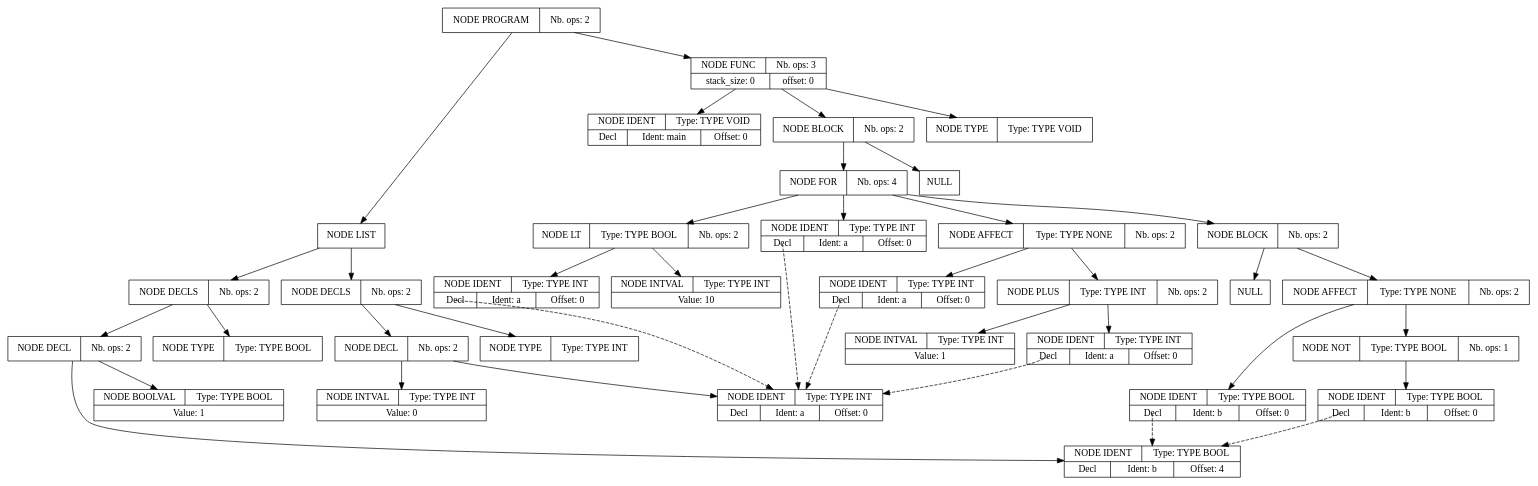
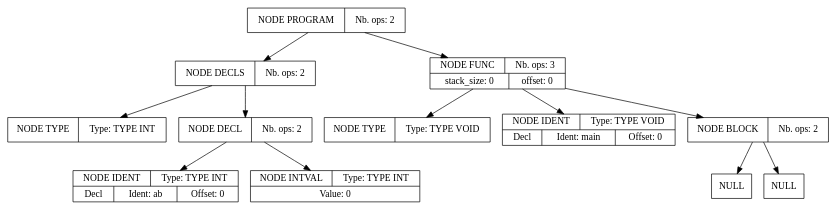
The diagram in out.dot (taqinlaodedie/compiler_minicc), drawn with Graphviz before and after one commit. The commit also changed 9 other files, not shown here.

```diff
--- a/out.dot
+++ b/out.dot
@@ -1,111 +1,36 @@
 digraph global_vars {
     N1 [shape=record, label="{{NODE PROGRAM|Nb. ops: 2}}"];
-    N2 [shape=record, label="{{NODE LIST}}"];
-    N3 [shape=record, label="{{NODE DECLS|Nb. ops: 2}}"];
-    N4 [shape=record, label="{{NODE TYPE|Type: TYPE INT}}"];
-    edge[tailclip=true];
-    N3 -> N4
-    N5 [shape=record, label="{{NODE DECL|Nb. ops: 2}}"];
-    N6 [shape=record, label="{{NODE IDENT|Type: TYPE INT}|{<decl>Decl      |Ident: a|Offset: 0}}"];
-    edge[tailclip=true];
-    N5 -> N6
-    N7 [shape=record, label="{{NODE INTVAL|Type: TYPE INT}|{Value: 0}}"];
-    edge[tailclip=true];
-    N5 -> N7
-    edge[tailclip=true];
-    N3 -> N5
+    N2 [shape=record, label="{{NODE DECLS|Nb. ops: 2}}"];
+    N3 [shape=record, label="{{NODE TYPE|Type: TYPE INT}}"];
     edge[tailclip=true];
     N2 -> N3
-    N8 [shape=record, label="{{NODE DECLS|Nb. ops: 2}}"];
-    N9 [shape=record, label="{{NODE TYPE|Type: TYPE BOOL}}"];
+    N4 [shape=record, label="{{NODE DECL|Nb. ops: 2}}"];
+    N5 [shape=record, label="{{NODE IDENT|Type: TYPE INT}|{<decl>Decl      |Ident: ab|Offset: 0}}"];
     edge[tailclip=true];
-    N8 -> N9
-    N10 [shape=record, label="{{NODE DECL|Nb. ops: 2}}"];
-    N11 [shape=record, label="{{NODE IDENT|Type: TYPE BOOL}|{<decl>Decl      |Ident: b|Offset: 4}}"];
+    N4 -> N5
+    N6 [shape=record, label="{{NODE INTVAL|Type: TYPE INT}|{Value: 0}}"];
+    edge[tailclip=true];
+    N4 -> N6
+    edge[tailclip=true];
+    N2 -> N4
+    edge[tailclip=true];
+    N1 -> N2
+    N7 [shape=record, label="{{NODE FUNC|Nb. ops: 3}|{stack_size: 0|offset: 0}}"];
+    N8 [shape=record, label="{{NODE TYPE|Type: TYPE VOID}}"];
+    edge[tailclip=true];
+    N7 -> N8
+    N9 [shape=record, label="{{NODE IDENT|Type: TYPE VOID}|{<decl>Decl      |Ident: main|Offset: 0}}"];
+    edge[tailclip=true];
+    N7 -> N9
+    N10 [shape=record, label="{{NODE BLOCK|Nb. ops: 2}}"];
+    N11 [shape=record, label="{{NULL}}"];
     edge[tailclip=true];
     N10 -> N11
-    N12 [shape=record, label="{{NODE BOOLVAL|Type: TYPE BOOL}|{Value: 1}}"];
+    N12 [shape=record, label="{{NULL}}"];
     edge[tailclip=true];
     N10 -> N12
     edge[tailclip=true];
-    N8 -> N10
+    N7 -> N10
     edge[tailclip=true];
-    N2 -> N8
-    edge[tailclip=true];
-    N1 -> N2
-    N13 [shape=record, label="{{NODE FUNC|Nb. ops: 3}|{stack_size: 0|offset: 0}}"];
-    N14 [shape=record, label="{{NODE TYPE|Type: TYPE VOID}}"];
-    edge[tailclip=true];
-    N13 -> N14
-    N15 [shape=record, label="{{NODE IDENT|Type: TYPE VOID}|{<decl>Decl      |Ident: main|Offset: 0}}"];
-    edge[tailclip=true];
-    N13 -> N15
-    N16 [shape=record, label="{{NODE BLOCK|Nb. ops: 2}}"];
-    N17 [shape=record, label="{{NULL}}"];
-    edge[tailclip=true];
-    N16 -> N17
-    N18 [shape=record, label="{{NODE FOR|Nb. ops: 4}}"];
-    N19 [shape=record, label="{{NODE IDENT|Type: TYPE INT}|{<decl>Decl      |Ident: a|Offset: 0}}"];
-    edge[tailclip=false];
-    "N19":decl:c -> "N6" [style=dashed]
-    edge[tailclip=true];
-    N18 -> N19
-    N20 [shape=record, label="{{NODE LT|Type: TYPE BOOL|Nb. ops: 2}}"];
-    N21 [shape=record, label="{{NODE IDENT|Type: TYPE INT}|{<decl>Decl      |Ident: a|Offset: 0}}"];
-    edge[tailclip=false];
-    "N21":decl:c -> "N6" [style=dashed]
-    edge[tailclip=true];
-    N20 -> N21
-    N22 [shape=record, label="{{NODE INTVAL|Type: TYPE INT}|{Value: 10}}"];
-    edge[tailclip=true];
-    N20 -> N22
-    edge[tailclip=true];
-    N18 -> N20
-    N23 [shape=record, label="{{NODE AFFECT|Type: TYPE NONE|Nb. ops: 2}}"];
-    N24 [shape=record, label="{{NODE IDENT|Type: TYPE INT}|{<decl>Decl      |Ident: a|Offset: 0}}"];
-    edge[tailclip=false];
-    "N24":decl:c -> "N6" [style=dashed]
-    edge[tailclip=true];
-    N23 -> N24
-    N25 [shape=record, label="{{NODE PLUS|Type: TYPE INT|Nb. ops: 2}}"];
-    N26 [shape=record, label="{{NODE IDENT|Type: TYPE INT}|{<decl>Decl      |Ident: a|Offset: 0}}"];
-    edge[tailclip=false];
-    "N26":decl:c -> "N6" [style=dashed]
-    edge[tailclip=true];
-    N25 -> N26
-    N27 [shape=record, label="{{NODE INTVAL|Type: TYPE INT}|{Value: 1}}"];
-    edge[tailclip=true];
-    N25 -> N27
-    edge[tailclip=true];
-    N23 -> N25
-    edge[tailclip=true];
-    N18 -> N23
-    N28 [shape=record, label="{{NODE BLOCK|Nb. ops: 2}}"];
-    N29 [shape=record, label="{{NULL}}"];
-    edge[tailclip=true];
-    N28 -> N29
-    N30 [shape=record, label="{{NODE AFFECT|Type: TYPE NONE|Nb. ops: 2}}"];
-    N31 [shape=record, label="{{NODE IDENT|Type: TYPE BOOL}|{<decl>Decl      |Ident: b|Offset: 0}}"];
-    edge[tailclip=false];
-    "N31":decl:c -> "N11" [style=dashed]
-    edge[tailclip=true];
-    N30 -> N31
-    N32 [shape=record, label="{{NODE NOT|Type: TYPE BOOL|Nb. ops: 1}}"];
-    N33 [shape=record, label="{{NODE IDENT|Type: TYPE BOOL}|{<decl>Decl      |Ident: b|Offset: 0}}"];
-    edge[tailclip=false];
-    "N33":decl:c -> "N11" [style=dashed]
-    edge[tailclip=true];
-    N32 -> N33
-    edge[tailclip=true];
-    N30 -> N32
-    edge[tailclip=true];
-    N28 -> N30
-    edge[tailclip=true];
-    N18 -> N28
-    edge[tailclip=true];
-    N16 -> N18
-    edge[tailclip=true];
-    N13 -> N16
-    edge[tailclip=true];
-    N1 -> N13
+    N1 -> N7
 }
```
